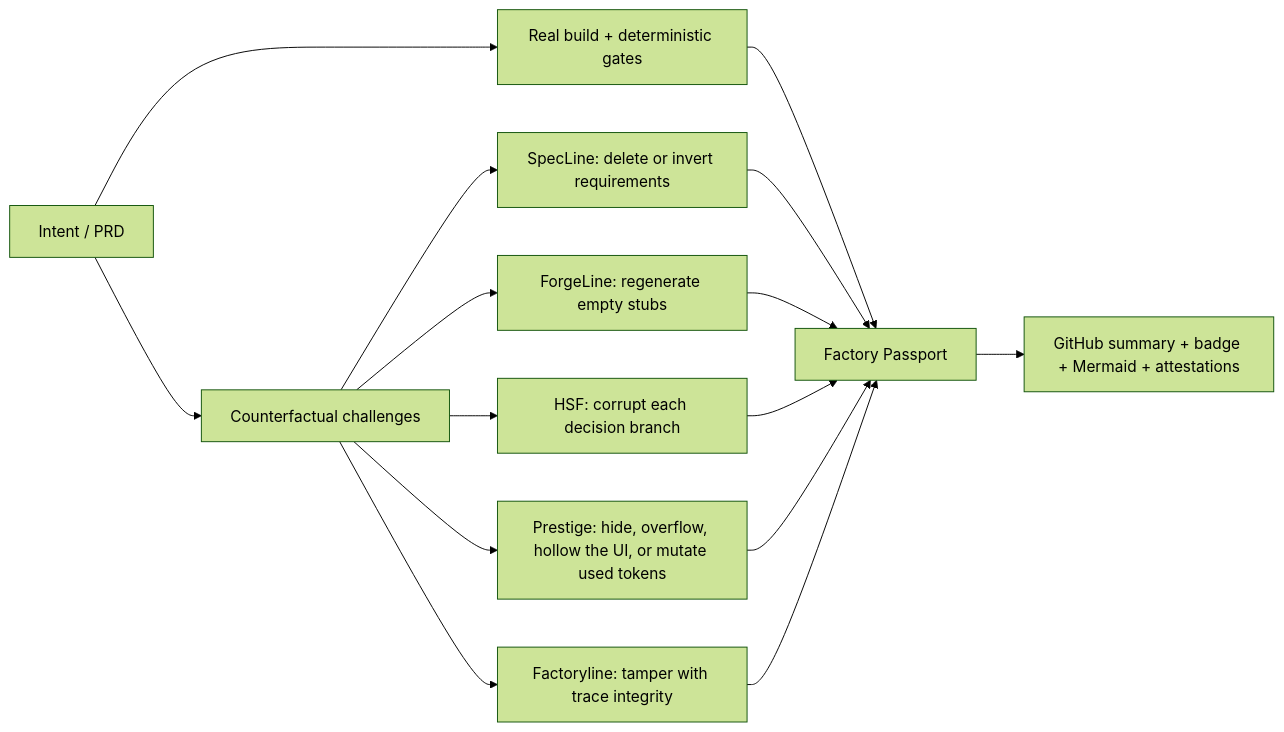
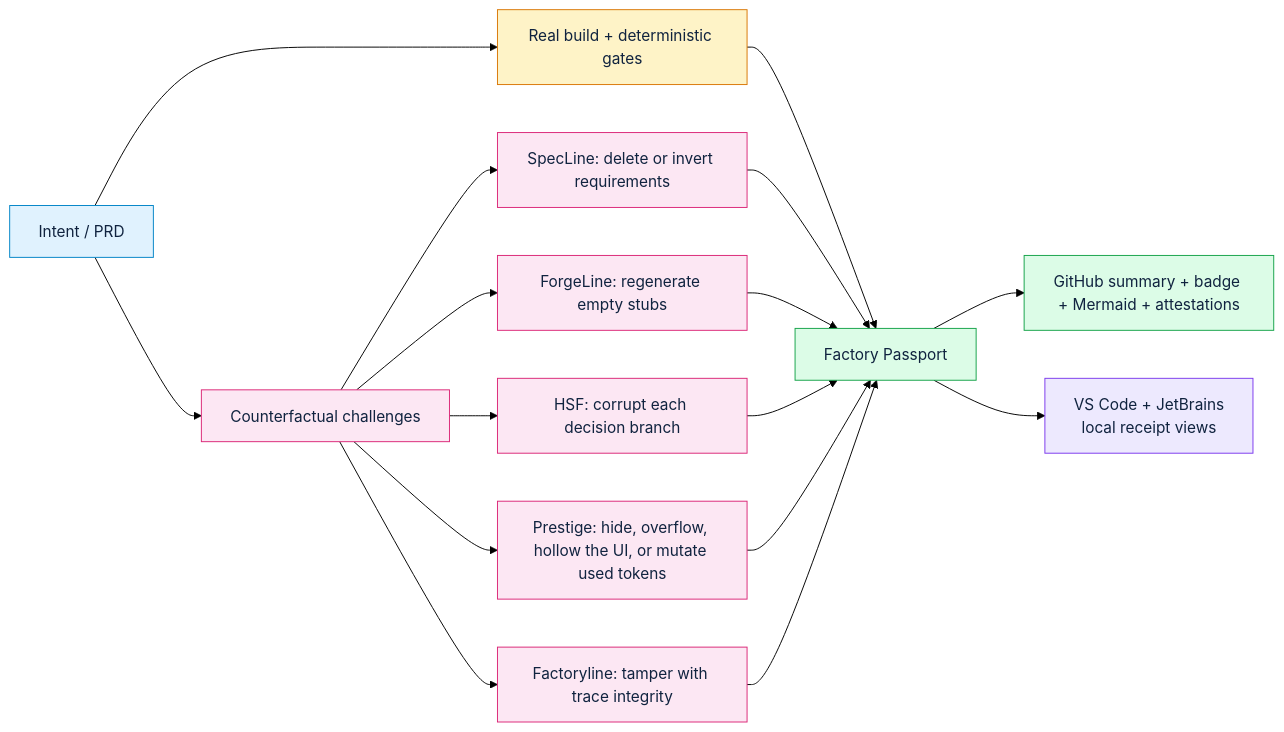
One commit to zrk222/code-factory changed the diagram in docs/PROOFLAB.md. Above: the diagram before and after it, drawn with Mermaid (forest theme). The commit also changed 36 other files, not shown here.

Commit message:
Add JetBrains receipt control room

````diff
--- a/docs/PROOFLAB.md
+++ b/docs/PROOFLAB.md
@@ -8,17 +8,28 @@
 ```mermaid
 flowchart LR
     A["Intent / PRD"] --> B["Real build + deterministic gates"]
     A --> C["Counterfactual challenges"]
     C --> S["SpecLine: delete or invert requirements"]
     C --> F["ForgeLine: regenerate empty stubs"]
     C --> H["HSF: corrupt each decision branch"]
     C --> D["Prestige: hide, overflow, hollow the UI, or mutate used tokens"]
     C --> I["Factoryline: tamper with trace integrity"]
     B --> P["Factory Passport"]
     S --> P
     F --> P
     H --> P
     D --> P
     I --> P
     P --> G["GitHub summary + badge + Mermaid + attestations"]
+    P --> E["VS Code + JetBrains\nlocal receipt views"]
+    classDef intent fill:#e0f2fe,stroke:#0284c7,color:#10233f
+    classDef real fill:#fef3c7,stroke:#d97706,color:#10233f
+    classDef challenge fill:#fce7f3,stroke:#db2777,color:#10233f
+    classDef proof fill:#dcfce7,stroke:#16a34a,color:#10233f
+    classDef editor fill:#ede9fe,stroke:#7c3aed,color:#10233f
+    class A intent
+    class B real
+    class C,S,F,H,D,I challenge
+    class P,G proof
+    class E editor
 ```
````
